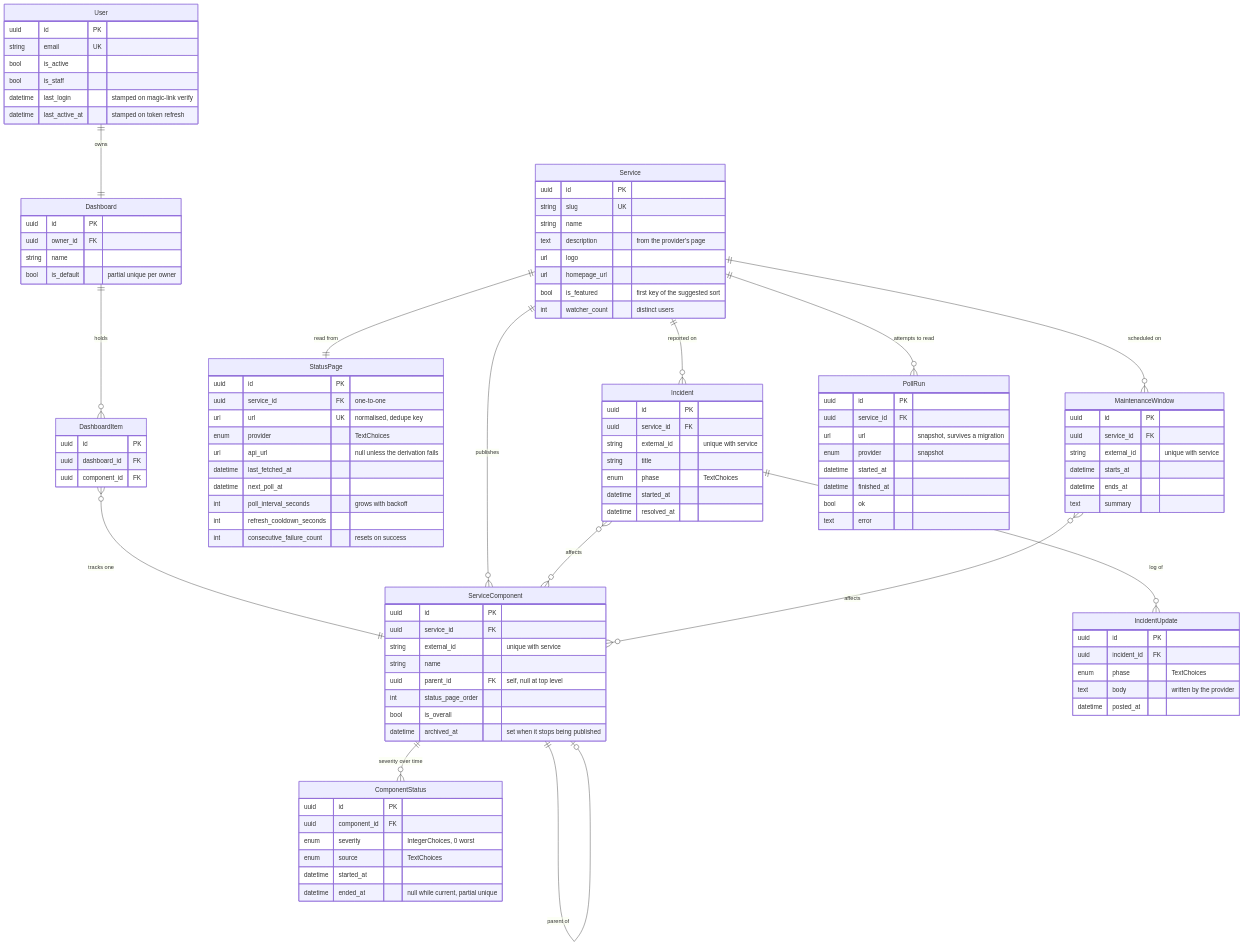
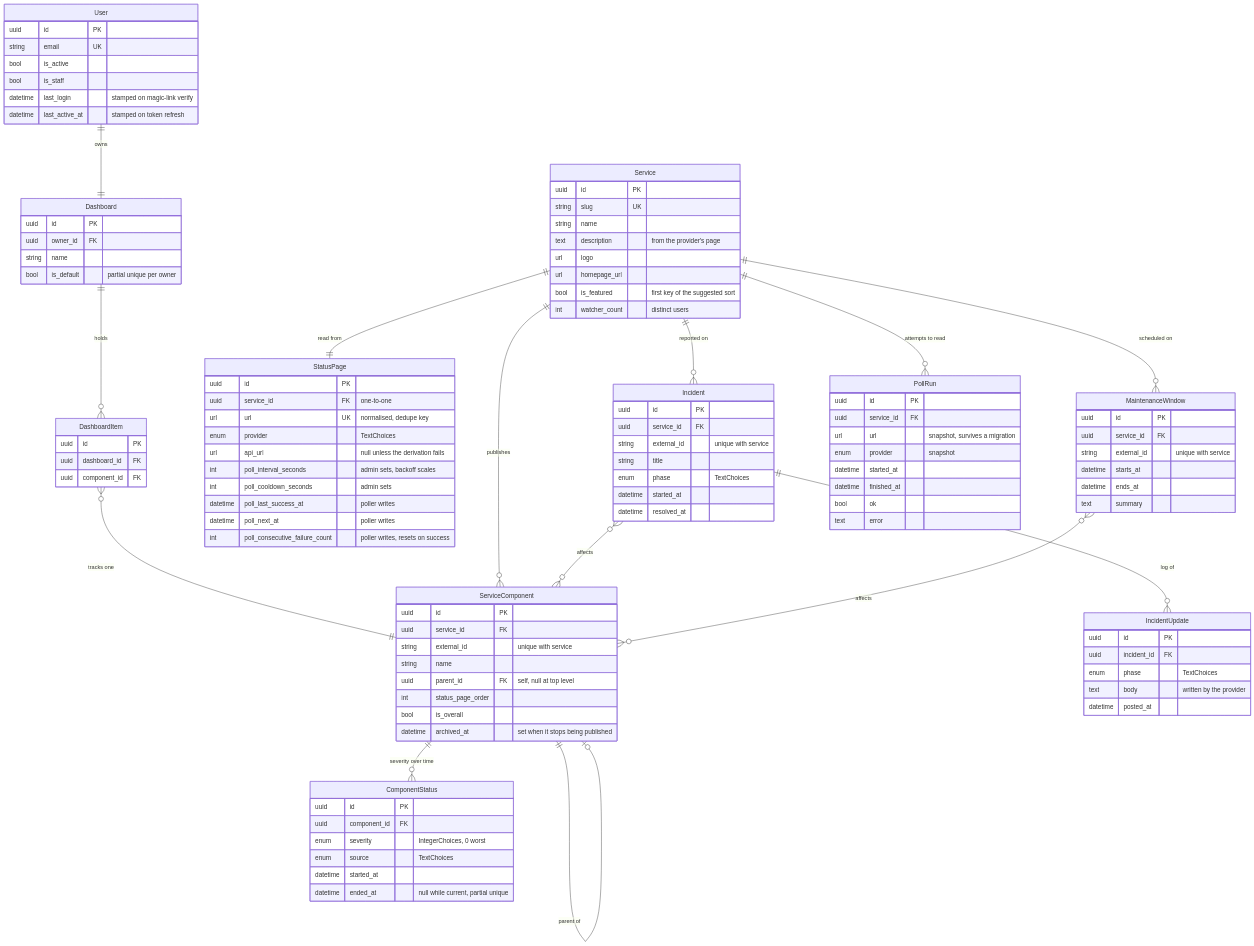
One commit to thalida/statusboard changed the second of 2 diagrams in docs/specs/2026-08-23-statusboard-design.md. Above: the diagram before and after it, drawn with Mermaid. The commit also changed other lines of this file and 2 other files, not shown here.

```diff
--- a/docs/specs/2026-08-23-statusboard-design.md
+++ b/docs/specs/2026-08-23-statusboard-design.md
@@ -139,11 +139,11 @@
         url url UK "normalised, dedupe key"
         enum provider "TextChoices"
         url api_url "null unless the derivation fails"
-        datetime last_fetched_at
-        datetime next_poll_at
-        int poll_interval_seconds "grows with backoff"
-        int refresh_cooldown_seconds
-        int consecutive_failure_count "resets on success"
+        int poll_interval_seconds "admin sets, backoff scales"
+        int poll_cooldown_seconds "admin sets"
+        datetime poll_last_success_at "poller writes"
+        datetime poll_next_at "poller writes"
+        int poll_consecutive_failure_count "poller writes, resets on success"
     }
     ServiceComponent {
         uuid id PK
```
